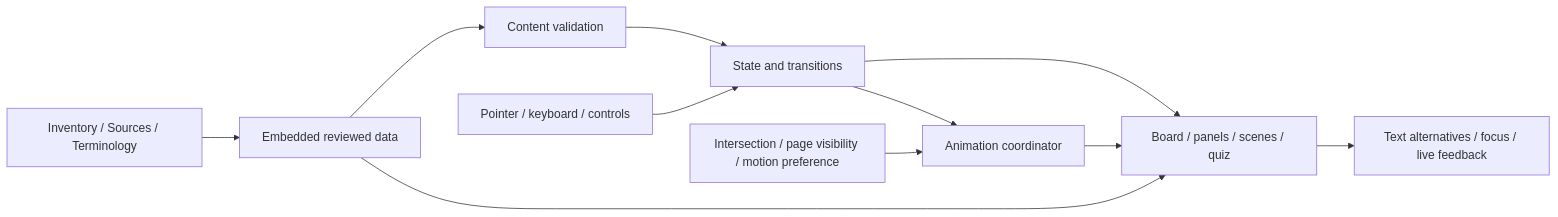
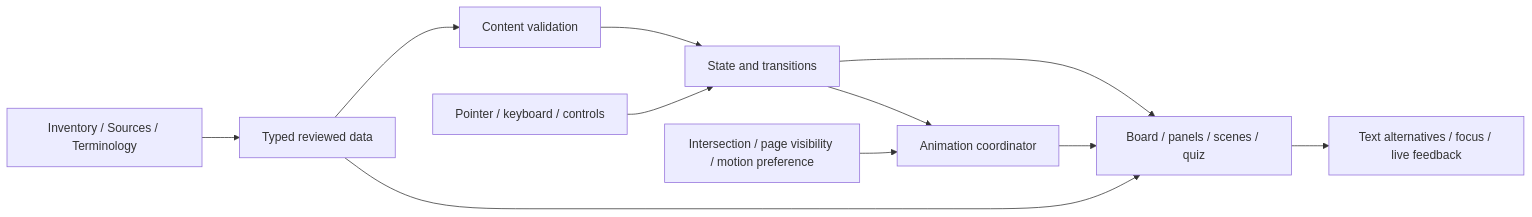
The diagram in ARCHITECTURE.md (Shnvan/Matter-Atlas), drawn with Mermaid before and after one commit. The commit also changed other lines of this file and 103 other files, not shown here.

````diff
--- a/ARCHITECTURE.md
+++ b/ARCHITECTURE.md
@@ -9,13 +11,13 @@
 ```mermaid
 flowchart LR
-  Evidence[Inventory / Sources / Terminology] --> Data[Embedded reviewed data]
+  Evidence[Inventory / Sources / Terminology] --> Data[Typed reviewed data]
   Data --> Validate[Content validation]
   Validate --> State[State and transitions]
   Input[Pointer / keyboard / controls] --> State
   State --> Views[Board / panels / scenes / quiz]
   Data --> Views
   State --> Motion[Animation coordinator]
   Visibility[Intersection / page visibility / motion preference] --> Motion
   Motion --> Views
   Views --> A11y[Text alternatives / focus / live feedback]
 ```
````
